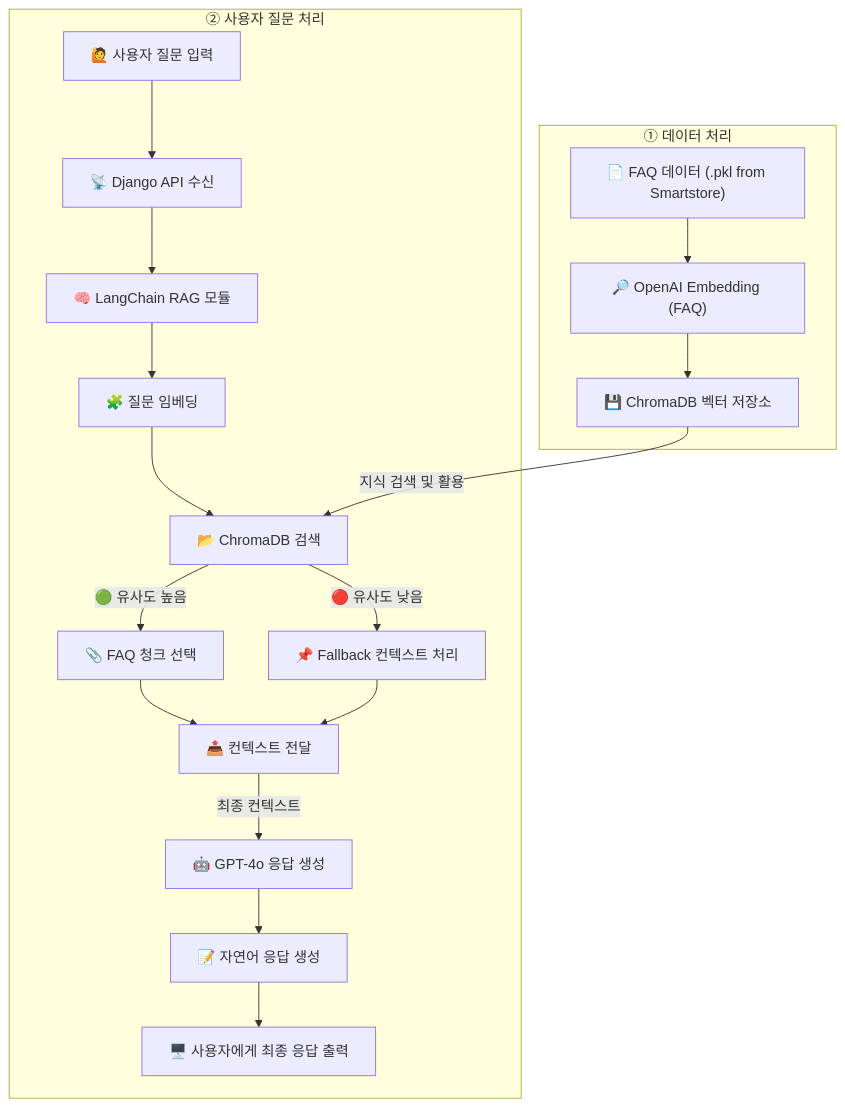
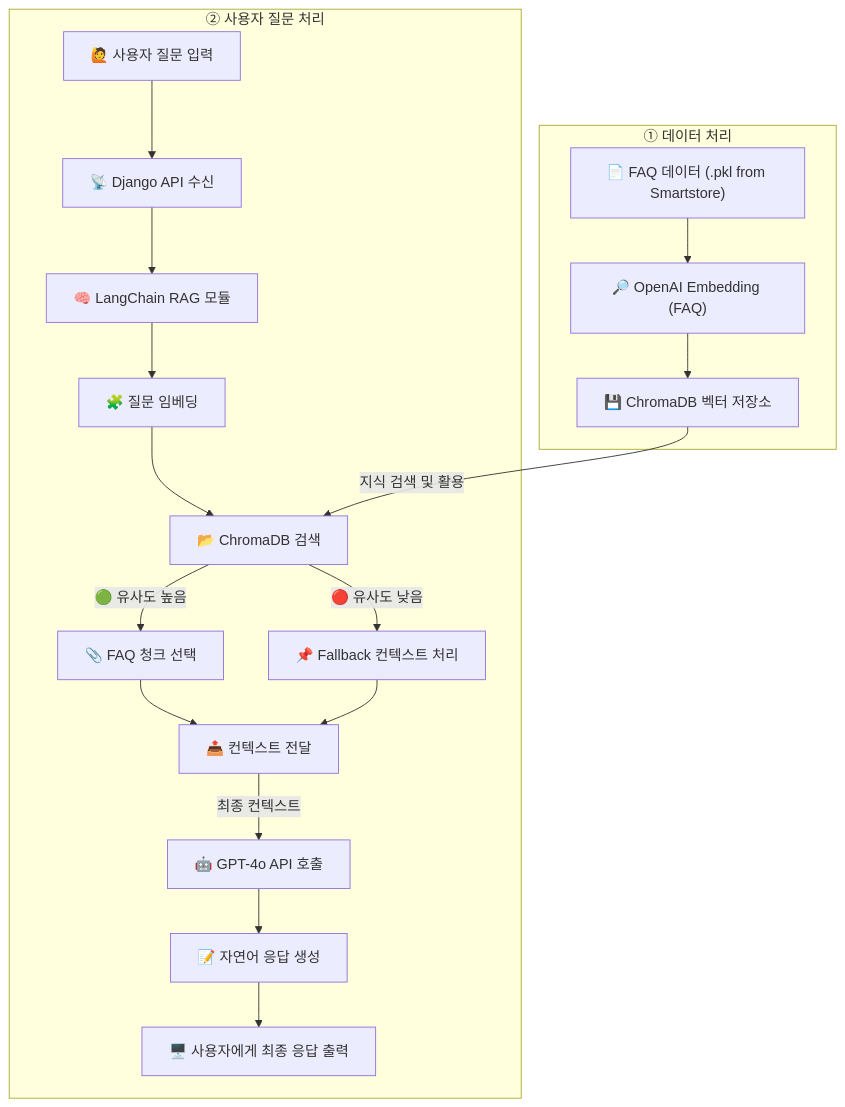
Before and after one commit to Bae-Sunny/smartstore-faq-chatbot: the diagram in README.md, drawn with Mermaid.

````diff
--- a/README.md
+++ b/README.md
@@ -98,31 +98,31 @@
 ```mermaid
 graph TD
 
     %% ① 데이터 처리 (지식 베이스 구축)
     subgraph "① 데이터 처리"
         A1["📄 FAQ 데이터 (.pkl from Smartstore)"] --> A2["🔎 OpenAI Embedding (FAQ)"]
         A2 --> A3[💾 ChromaDB 벡터 저장소]
     end
 
     %% ② 사용자 질문 처리 (RAG 흐름)
     subgraph "② 사용자 질문 처리"
         B1[🙋 사용자 질문 입력] --> B2[📡 Django API 수신]
         B2 --> B3[🧠 LangChain RAG 모듈]
 
         %% LangChain RAG 모듈 내부의 상세 흐름
         B3 --> R1[🧩 질문 임베딩]
         R1 --> R2[📂 ChromaDB 검색]
         R2 -->|🟢 유사도 높음| R3[📎 FAQ 청크 선택]
         R2 -->|🔴 유사도 낮음| R4[📌 Fallback 컨텍스트 처리]
         R3 --> R5[📤 컨텍스트 전달]
         R4 --> R5
 
         %% RAG 모듈의 결과가 GPT로 전달
-        R5 --> |최종 컨텍스트| B4[🤖 GPT-4o 응답 생성]
+        R5 --> |최종 컨텍스트| B4[🤖 GPT-4o API 호출]
         B4 --> B5[📝 자연어 응답 생성]
         B5 --> B6["🖥️ 사용자에게 최종 응답 출력"]
     end
 
     %% 외부 연결 (지식 베이스 활용)
     A3 -- 지식 검색 및 활용 --> R2
 ```
````
